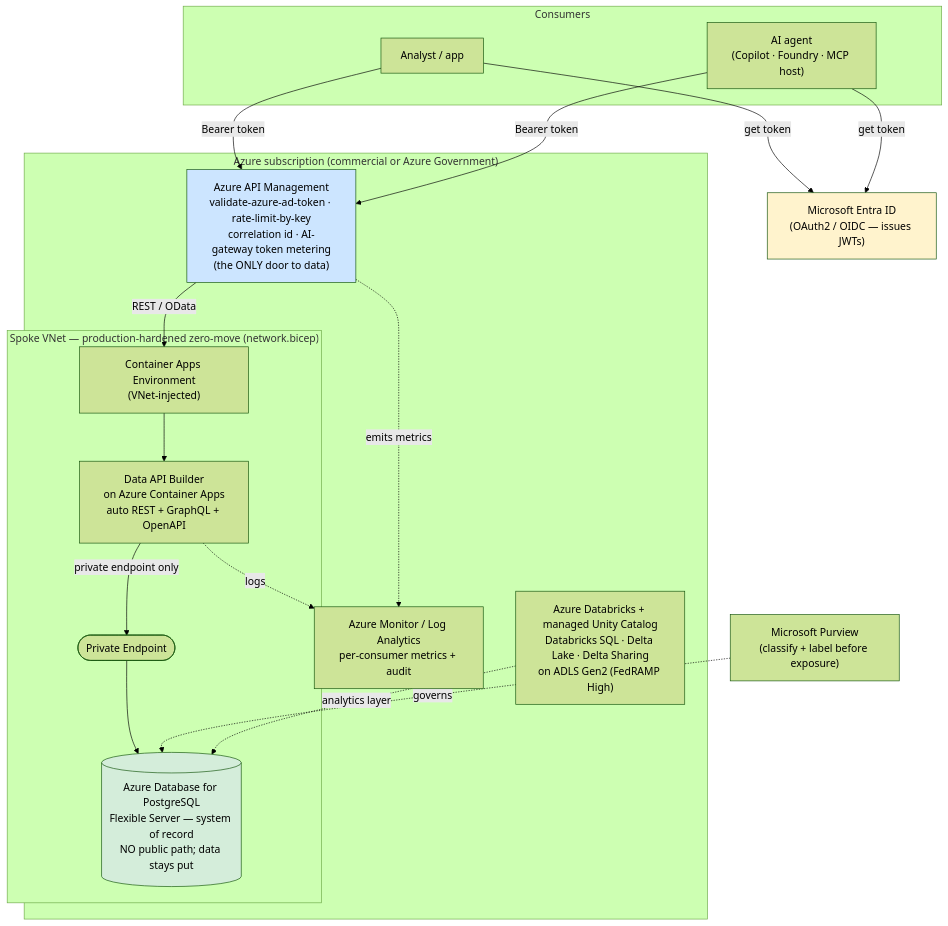
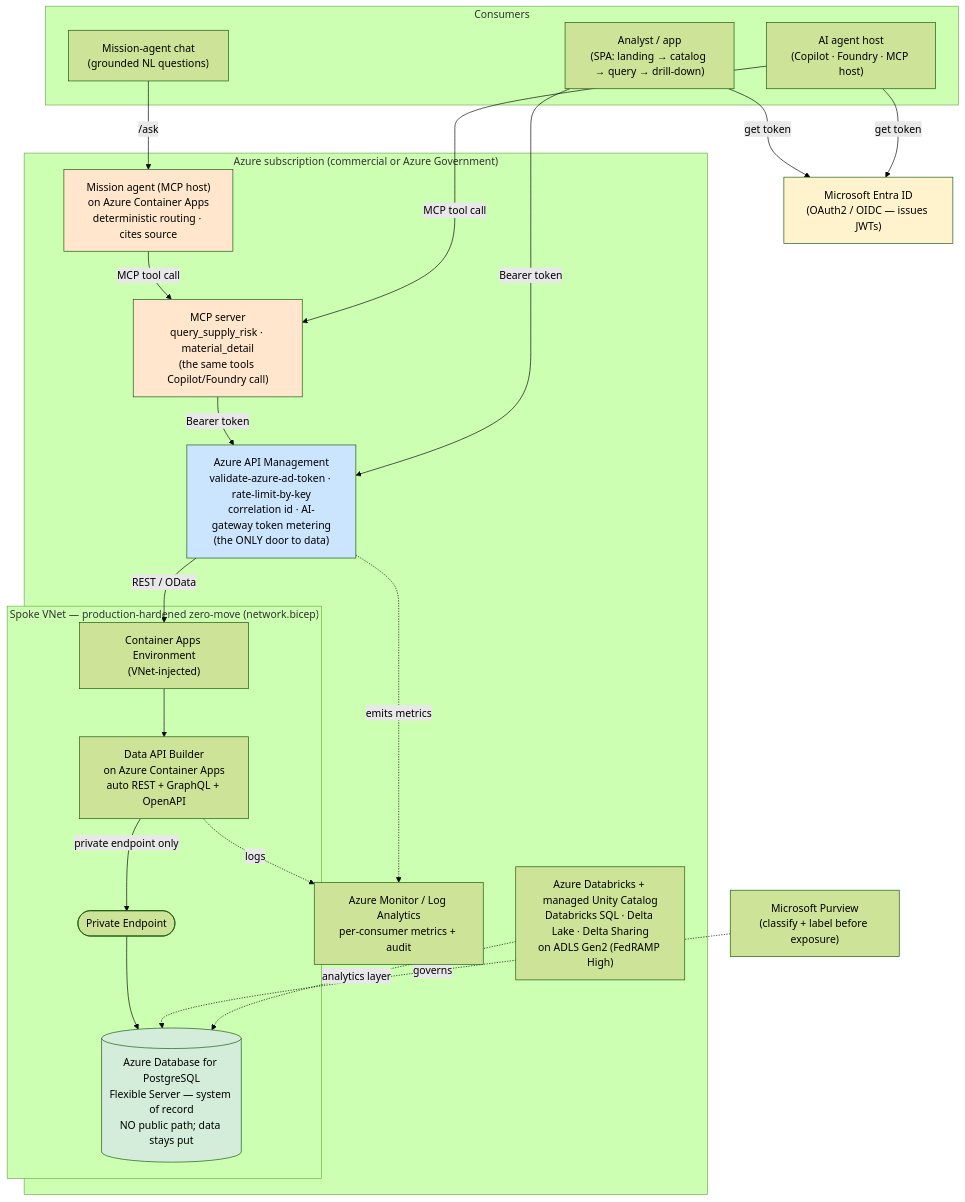
Before and after one commit to fgarofalo56/nasa-api-first-poc: the first of 8 diagrams in docs/ARCHITECTURE.md, drawn with Mermaid (forest theme). The commit also changed other lines of this file and 13 other files, not shown here.

First line of the commit message:
docs: sync the manual to the agent, landing page, drill-down + live add/remove (#18)

````diff
--- a/docs/ARCHITECTURE.md
+++ b/docs/ARCHITECTURE.md
@@ -92,40 +95,48 @@
 ```mermaid
 flowchart TB
     subgraph consumers["Consumers"]
-        USER["Analyst / app"]
-        AGENT["AI agent<br/>(Copilot · Foundry · MCP host)"]
+        USER["Analyst / app<br/>(SPA: landing → catalog → query → drill-down)"]
+        CHAT["Mission-agent chat<br/>(grounded NL questions)"]
+        AGENT["AI agent host<br/>(Copilot · Foundry · MCP host)"]
     end
 
     ENTRA["Microsoft Entra ID<br/>(OAuth2 / OIDC — issues JWTs)"]
 
     subgraph azure["Azure subscription (commercial or Azure Government)"]
+        AGENTSVC["Mission agent (MCP host)<br/>on Azure Container Apps<br/>deterministic routing · cites source"]
+        MCPSVC["MCP server<br/>query_supply_risk · material_detail<br/>(the same tools Copilot/Foundry call)"]
         APIM["Azure API Management<br/>validate-azure-ad-token · rate-limit-by-key<br/>correlation id · AI-gateway token metering<br/>(the ONLY door to data)"]
         subgraph vnet["Spoke VNet — production-hardened zero-move (network.bicep)"]
             CAE["Container Apps Environment<br/>(VNet-injected)"]
             DAB["Data API Builder<br/>on Azure Container Apps<br/>auto REST + GraphQL + OpenAPI"]
             PE(["Private Endpoint"])
             PG[("Azure Database for PostgreSQL<br/>Flexible Server — system of record<br/>NO public path; data stays put")]
         end
         MON["Azure Monitor / Log Analytics<br/>per-consumer metrics + audit"]
         LAKE["Azure Databricks + managed Unity Catalog<br/>Databricks SQL · Delta Lake · Delta Sharing<br/>on ADLS Gen2 (FedRAMP High)"]
     end
 
     PURVIEW["Microsoft Purview<br/>(classify + label before exposure)"]
 
     USER -->|get token| ENTRA
     AGENT -->|get token| ENTRA
+    CHAT -->|"/ask"| AGENTSVC
+    AGENTSVC -->|MCP tool call| MCPSVC
+    AGENT -->|MCP tool call| MCPSVC
+    MCPSVC -->|"Bearer token"| APIM
     USER -->|"Bearer token"| APIM
-    AGENT -->|"Bearer token"| APIM
     APIM -->|REST / OData| CAE
     CAE --> DAB
     DAB -->|private endpoint only| PE
     PE --> PG
     APIM -.emits metrics.-> MON
     DAB -.logs.-> MON
     PURVIEW -.governs.-> PG
     LAKE -.analytics layer.-> PG
 
     style APIM fill:#cce5ff
     style PG fill:#d4edda
     style ENTRA fill:#fff3cd
+    style AGENTSVC fill:#ffe6cc
+    style MCPSVC fill:#ffe6cc
 ```
````
